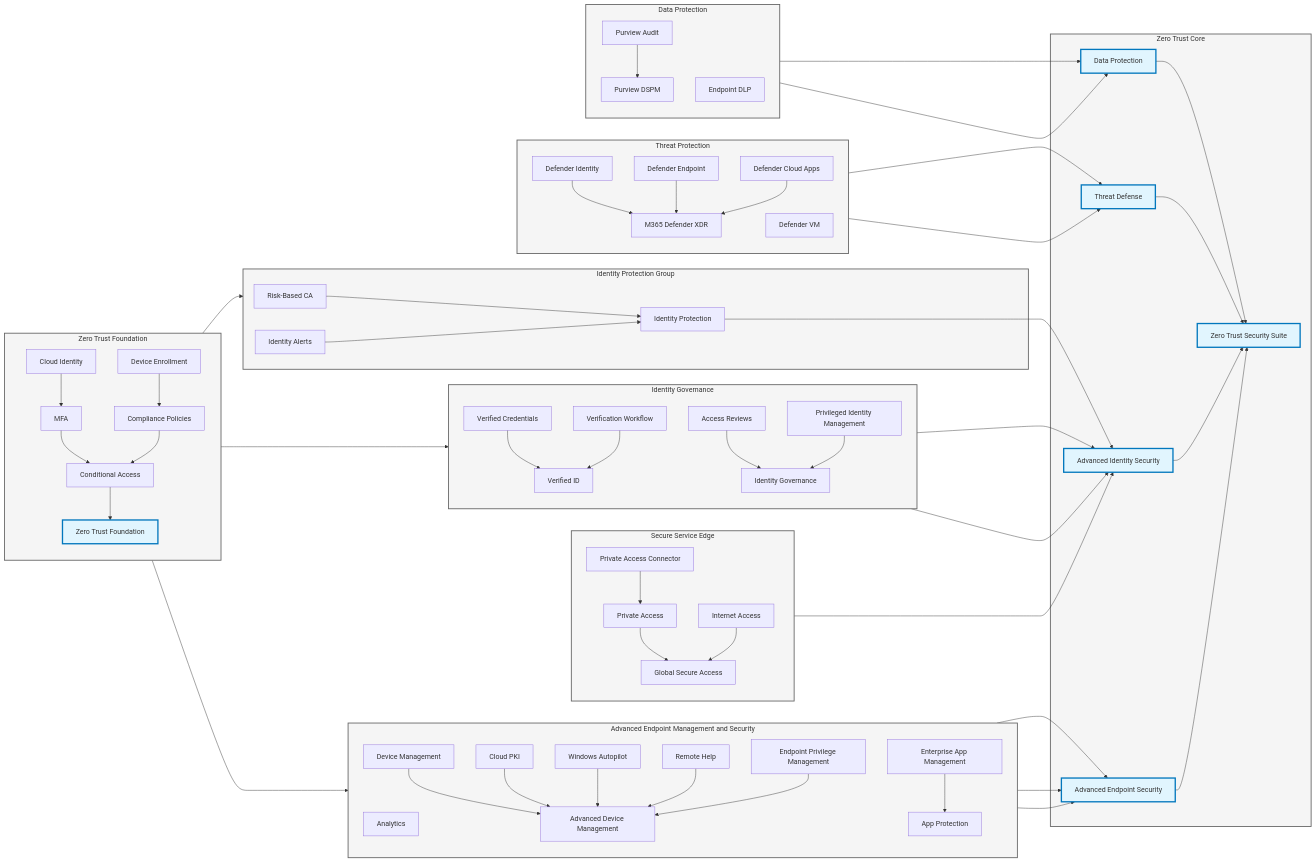
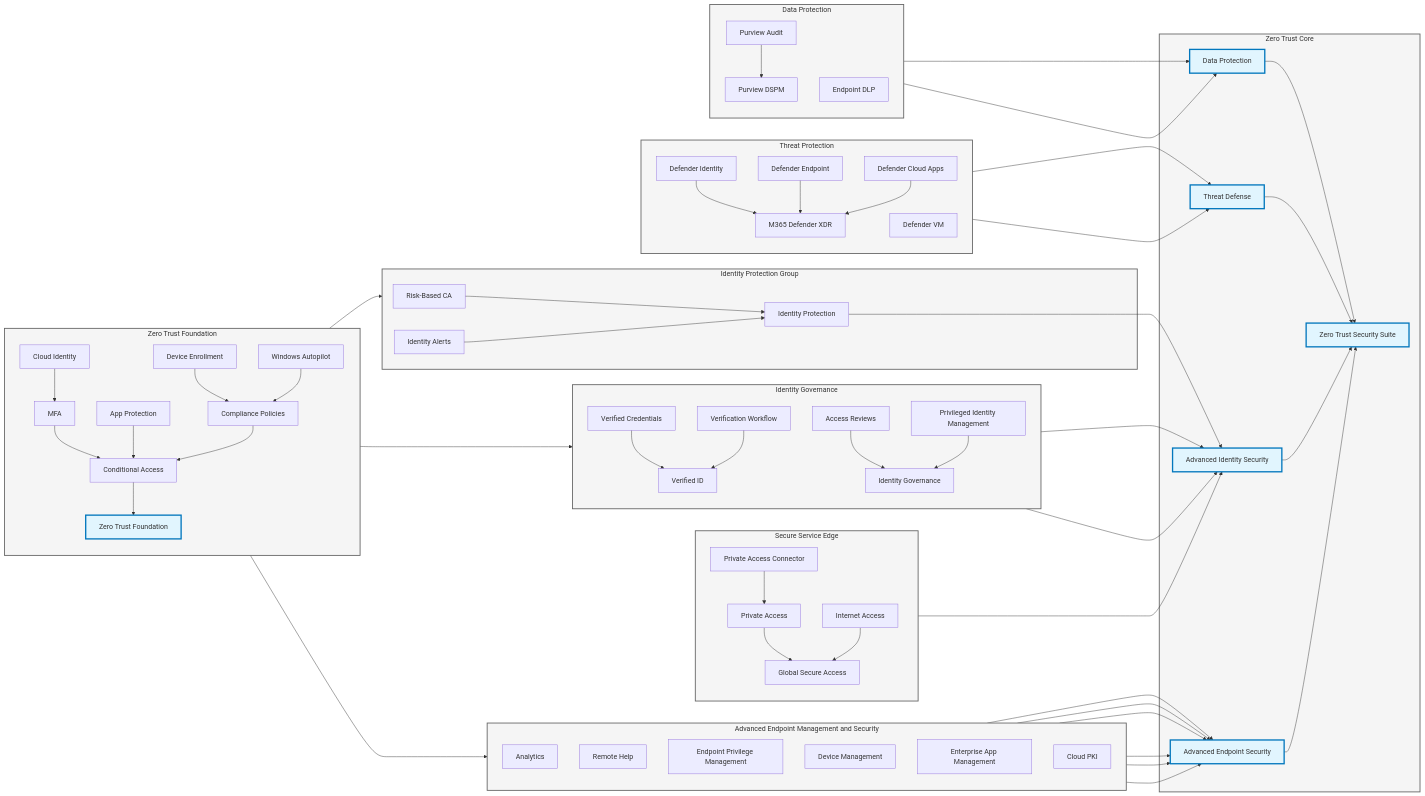
The diagram in DetailedDiagram.md (jessesuna/SecDepGuidance), drawn with Mermaid before and after one commit.

```diff
--- a/DetailedDiagram.md
+++ b/DetailedDiagram.md
@@ -68,6 +68,8 @@
                     CloudID["Cloud Identity"] --> MFA["MFA"]
                     MFA --> CA["Conditional Access"]
                     IntuneEnroll["Device Enrollment"] --> IntuneCompPol["Compliance Policies"]
+                    AppProtection["App Protection"] --> CA
+                    AutoPilot["Windows Autopilot"] --> IntuneCompPol
                     IntuneCompPol --> CA
                     CA --> Foundation
                 end
@@ -82,6 +84,8 @@
                 click CA "https://learn.microsoft.com/en-us/entra/identity/conditional-access/overview" _blank
                 click IntuneEnroll "https://learn.microsoft.com/en-us/mem/intune/enrollment/" _blank
                 click IntuneCompPol "https://learn.microsoft.com/en-us/mem/intune/protect/device-compliance-get-started" _blank
+                click AppProtection "https://learn.microsoft.com/en-us/mem/intune/apps/app-protection-policies" _blank
+                click AutoPilot "https://learn.microsoft.com/en-us/mem/autopilot/windows-autopilot" _blank
 
                 %% Group Network Access components
                 subgraph NetworkAccess["Secure Service Edge"]
@@ -147,22 +151,17 @@
                     RemoteHelp["Remote Help"]
                     EPM["Endpoint Privilege Management"]
                     SpecializedDevices["Device Management"]
-                    AutoPilot["Windows Autopilot"]
                     AppManagement["Enterprise App Management"]
-                    AppProtection["App Protection"]
                     Cloudpki["Cloud PKI"]
-                    AdvDevice["Advanced Device Management"]
                 end
 
-                SpecializedDevices --> AdvDevice
-                AppManagement --> AppProtection
+                SpecializedDevices --> IntuneSuite
+                AppManagement --> IntuneSuite
                 EndpointAnalytics --> IntuneSuite
-                AppManagement --> IntuneSuite
-                Cloudpki --> AdvDevice
-                AutoPilot --> AdvDevice
-                RemoteHelp --> AdvDevice
-                EPM --> AdvDevice
-                AdvDevice --> IntuneSuite
+                Cloudpki --> IntuneSuite
+                RemoteHelp --> IntuneSuite
+                EPM --> IntuneSuite
+
                 
 
                 %% Add click events for Endpoint Management components
@@ -170,9 +169,7 @@
                 click RemoteHelp "https://learn.microsoft.com/en-us/mem/intune/remote-actions/remote-help" _blank
                 click EPM "https://learn.microsoft.com/en-us/mem/intune/protect/endpoint-privilege-management" _blank
                 click SpecializedDevices "https://learn.microsoft.com/en-us/mem/intune/configuration/device-restrictions-configure" _blank
-                click AutoPilot "https://learn.microsoft.com/en-us/mem/autopilot/windows-autopilot" _blank
                 click AppManagement "https://learn.microsoft.com/en-us/mem/intune/apps/app-management" _blank
-                click AppProtection "https://learn.microsoft.com/en-us/mem/intune/apps/app-protection-policies" _blank
                 click Cloudpki "https://learn.microsoft.com/en-us/mem/intune/protect/microsoft-cloud-pki-overview" _blank
 
                 %% Styling
```
